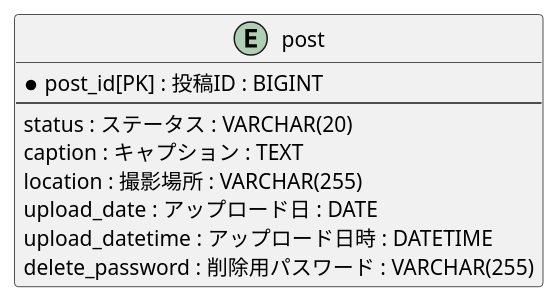
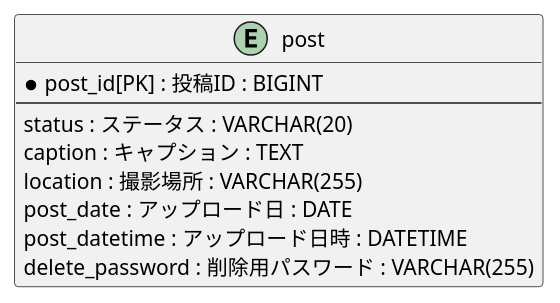
The diagram in docs/db/table/post.puml (takasumi-m/gallery-docs), drawn with PlantUML before and after one commit. The commit also changed 1 other file, not shown here.

Commit message:
update: upload_date→post_date

```diff
--- a/docs/db/table/post.puml
+++ b/docs/db/table/post.puml
@@ -1,12 +1,12 @@
 @startuml post
 entity "post" {
   *post_id[PK] : 投稿ID : BIGINT
   --
   status : ステータス : VARCHAR(20)
   caption : キャプション : TEXT
   location : 撮影場所 : VARCHAR(255)
-  upload_date : アップロード日 : DATE
-  upload_datetime : アップロード日時 : DATETIME
+  post_date : アップロード日 : DATE
+  post_datetime : アップロード日時 : DATETIME
   delete_password : 削除用パスワード : VARCHAR(255)
 }
 @enduml
```
